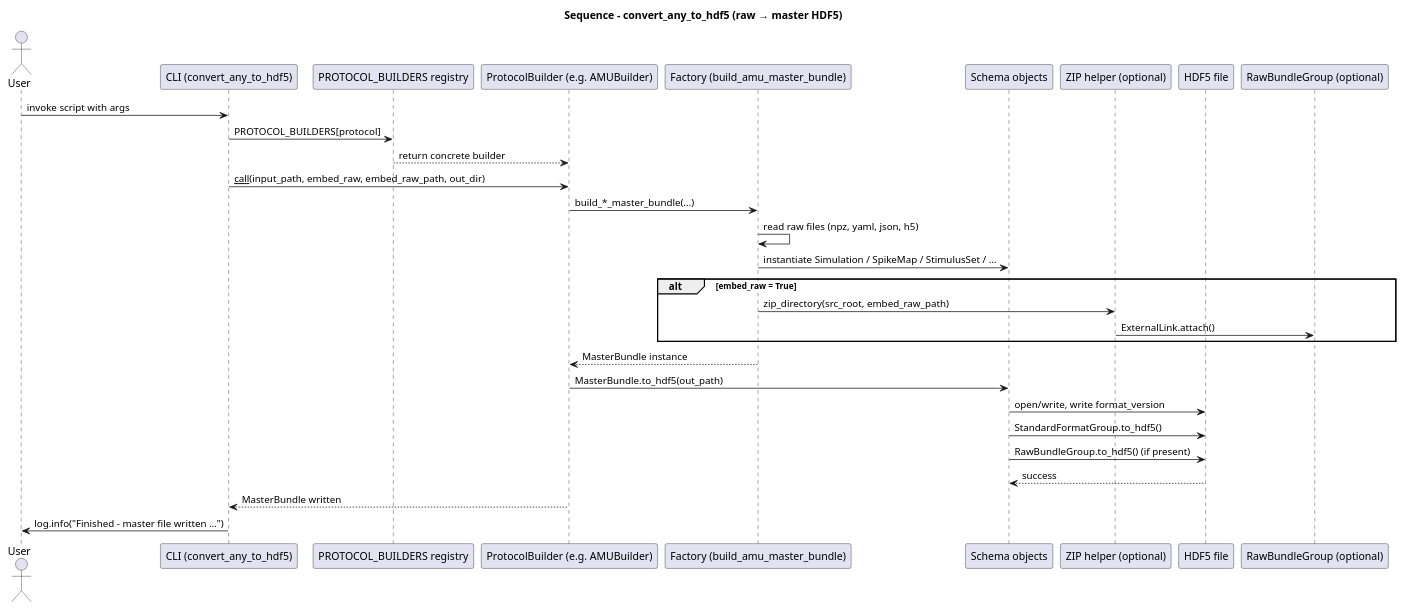
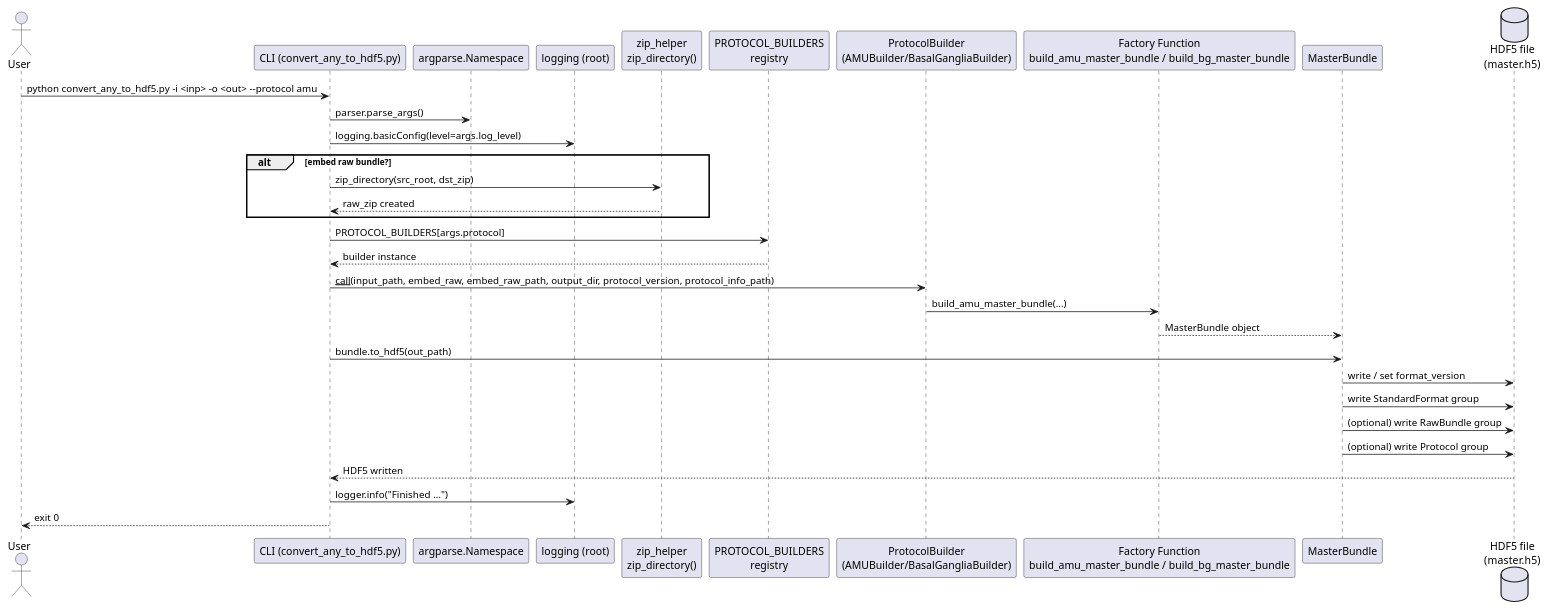
One commit to virtual-brain-twins/vbt-converter changed the diagram in docs/sd_directory_to_hdf5.puml. Above: the diagram before and after it, drawn with PlantUML. The commit also changed 14 other files, not shown here.

Commit message:
docs: updated the uml diagrams as per the latest changes in schema

```diff
--- a/docs/sd_directory_to_hdf5.puml
+++ b/docs/sd_directory_to_hdf5.puml
@@ -1,33 +1,33 @@
-@startuml
-title Sequence – convert_any_to_hdf5 (raw → master HDF5)
+@startuml sd_directory_to_hdf5
+actor User as u
+participant "CLI (convert_any_to_hdf5.py)" as cli
+participant "argparse.Namespace" as args
+participant "logging (root)" as rootlog
+participant "zip_helper\nzip_directory()" as zipper
+participant "PROTOCOL_BUILDERS\nregistry" as registry
+participant "ProtocolBuilder\n(AMUBuilder/BasalGangliaBuilder)" as builder
+participant "Factory Function\nbuild_amu_master_bundle / build_bg_master_bundle" as factory
+participant "MasterBundle" as bundle
+database "HDF5 file\n(master.h5)" as h5file
 
-actor User
-participant "CLI (convert_any_to_hdf5)" as CLI
-participant "PROTOCOL_BUILDERS registry" as Registry
-participant "ProtocolBuilder (e.g. AMUBuilder)" as Builder
-participant "Factory (build_amu_master_bundle)" as Factory
-participant "Schema objects" as Schema
-participant "ZIP helper (optional)" as ZipHelper
-participant "HDF5 file" as H5File
-participant "RawBundleGroup (optional)" as RawBundle
-
-User -> CLI : invoke script with args
-CLI -> Registry : PROTOCOL_BUILDERS[protocol]
-Registry --> Builder : return concrete builder
-CLI -> Builder : __call__(input_path, embed_raw, embed_raw_path, out_dir)
-Builder -> Factory : build_*_master_bundle(...)
-Factory -> Factory : read raw files (npz, yaml, json, h5)
-Factory -> Schema : instantiate Simulation / SpikeMap / StimulusSet / …
-alt embed_raw = True
-    Factory -> ZipHelper : zip_directory(src_root, embed_raw_path)
-    ZipHelper -> RawBundle : ExternalLink.attach()
+u -> cli : python convert_any_to_hdf5.py -i <inp> -o <out> --protocol amu
+cli -> args : parser.parse_args()
+cli -> rootlog : logging.basicConfig(level=args.log_level)
+alt embed raw bundle?
+    cli -> zipper : zip_directory(src_root, dst_zip)
+    zipper --> cli : raw_zip created
 end
-Factory --> Builder : MasterBundle instance
-Builder -> Schema : MasterBundle.to_hdf5(out_path)
-Schema -> H5File : open/write, write format_version
-Schema -> H5File : StandardFormatGroup.to_hdf5()
-Schema -> H5File : RawBundleGroup.to_hdf5() (if present)
-H5File --> Schema : success
-Builder --> CLI : MasterBundle written
-CLI -> User : log.info("Finished – master file written …")
+cli -> registry : PROTOCOL_BUILDERS[args.protocol]
+registry --> cli : builder instance
+cli -> builder : __call__(input_path, embed_raw, embed_raw_path, output_dir, protocol_version, protocol_info_path)
+builder -> factory : build_amu_master_bundle(...)
+factory --> bundle : MasterBundle object
+cli -> bundle : bundle.to_hdf5(out_path)
+bundle -> h5file : write / set format_version
+bundle -> h5file : write StandardFormat group
+bundle -> h5file : (optional) write RawBundle group
+bundle -> h5file : (optional) write Protocol group
+h5file --> cli : HDF5 written
+cli -> rootlog : logger.info("Finished …")
+cli --> u : exit 0
 @enduml
```
